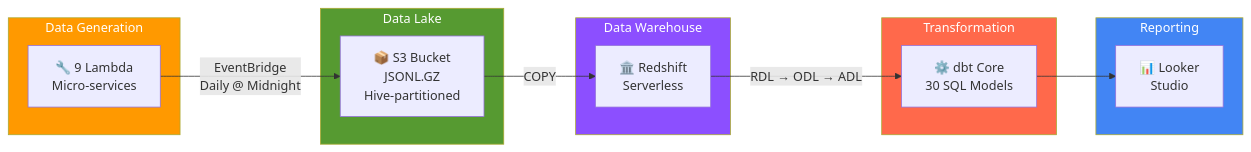
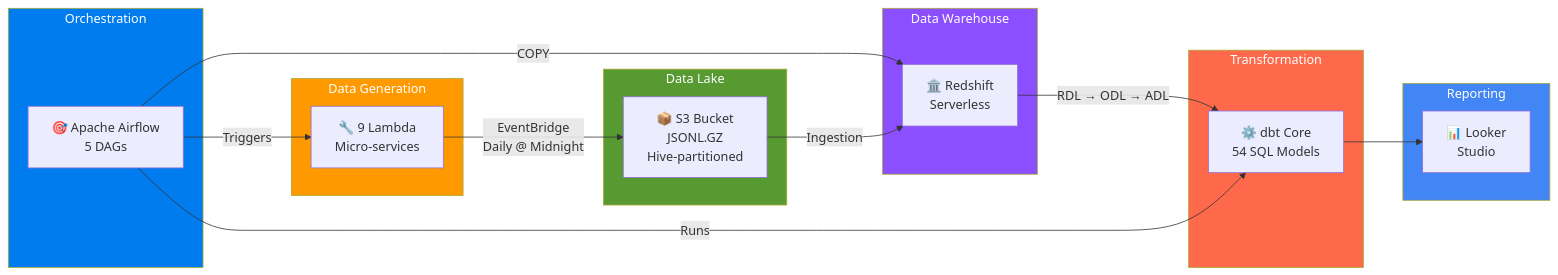
One commit to TimiOlayinka/boohoo-data-pipeline changed the first of 4 diagrams in README.md. Above: the diagram before and after it, drawn with Mermaid. The commit also changed other lines of this file, not shown here.

Commit message:
docs: update README with Airflow orchestration, marketing analytics, and 54 dbt models

````diff
--- a/README.md
+++ b/README.md
@@ -23,33 +24,41 @@
 ```mermaid
 flowchart LR
     subgraph GENERATE["Data Generation"]
         L1["🔧 9 Lambda\nMicro-services"]
+    end
+
+    subgraph ORCHESTRATE["Orchestration"]
+        AF["🎯 Apache Airflow\n5 DAGs"]
     end
 
     subgraph STORE["Data Lake"]
         S3["📦 S3 Bucket\nJSONL.GZ\nHive-partitioned"]
     end
 
     subgraph WAREHOUSE["Data Warehouse"]
         RS["🏛️ Redshift\nServerless"]
     end
 
     subgraph TRANSFORM["Transformation"]
-        DBT["⚙️ dbt Core\n30 SQL Models"]
+        DBT["⚙️ dbt Core\n54 SQL Models"]
     end
 
     subgraph VISUALISE["Reporting"]
         LS["📊 Looker\nStudio"]
     end
 
+    AF -->|"Triggers"| L1
     L1 -->|"EventBridge\nDaily @ Midnight"| S3
-    S3 -->|"COPY"| RS
+    AF -->|"COPY"| RS
+    S3 -->|"Ingestion"| RS
     RS -->|"RDL → ODL → ADL"| DBT
+    AF -->|"Runs"| DBT
     DBT --> LS
 
     style GENERATE fill:#FF9900,color:#fff
+    style ORCHESTRATE fill:#017CEE,color:#fff
     style STORE fill:#569A31,color:#fff
     style WAREHOUSE fill:#8C4FFF,color:#fff
     style TRANSFORM fill:#FF694B,color:#fff
     style VISUALISE fill:#4285F4,color:#fff
 ```
````
